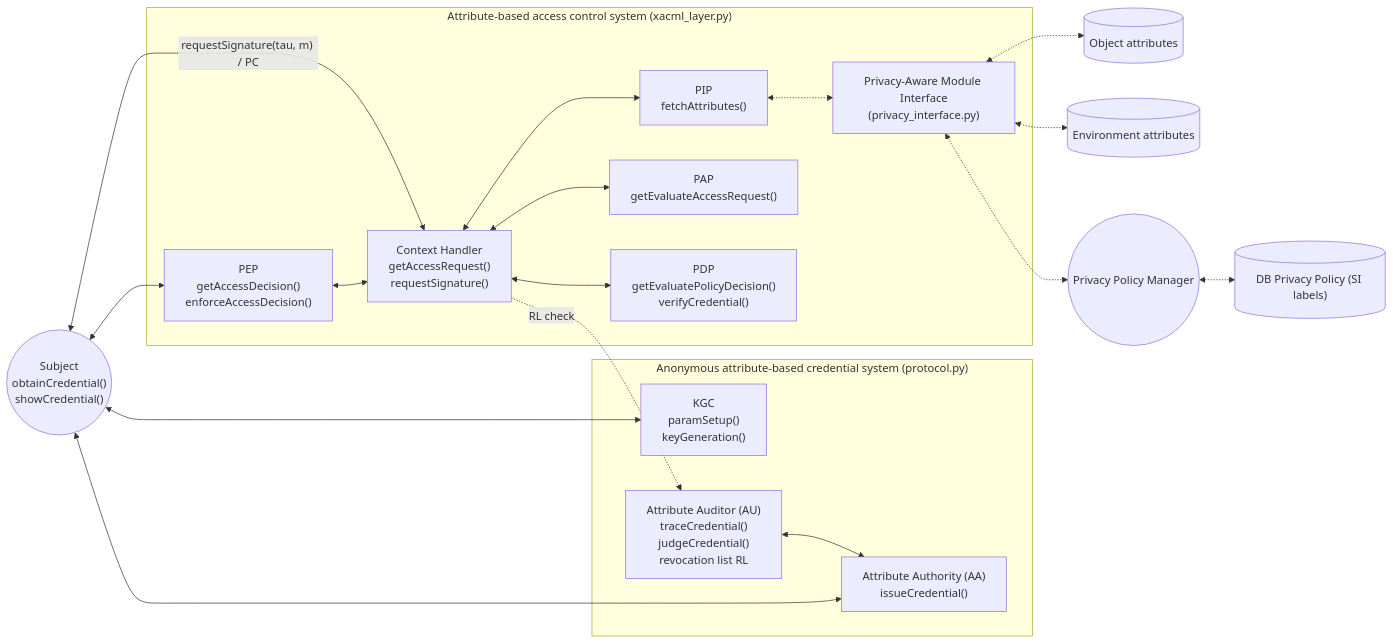
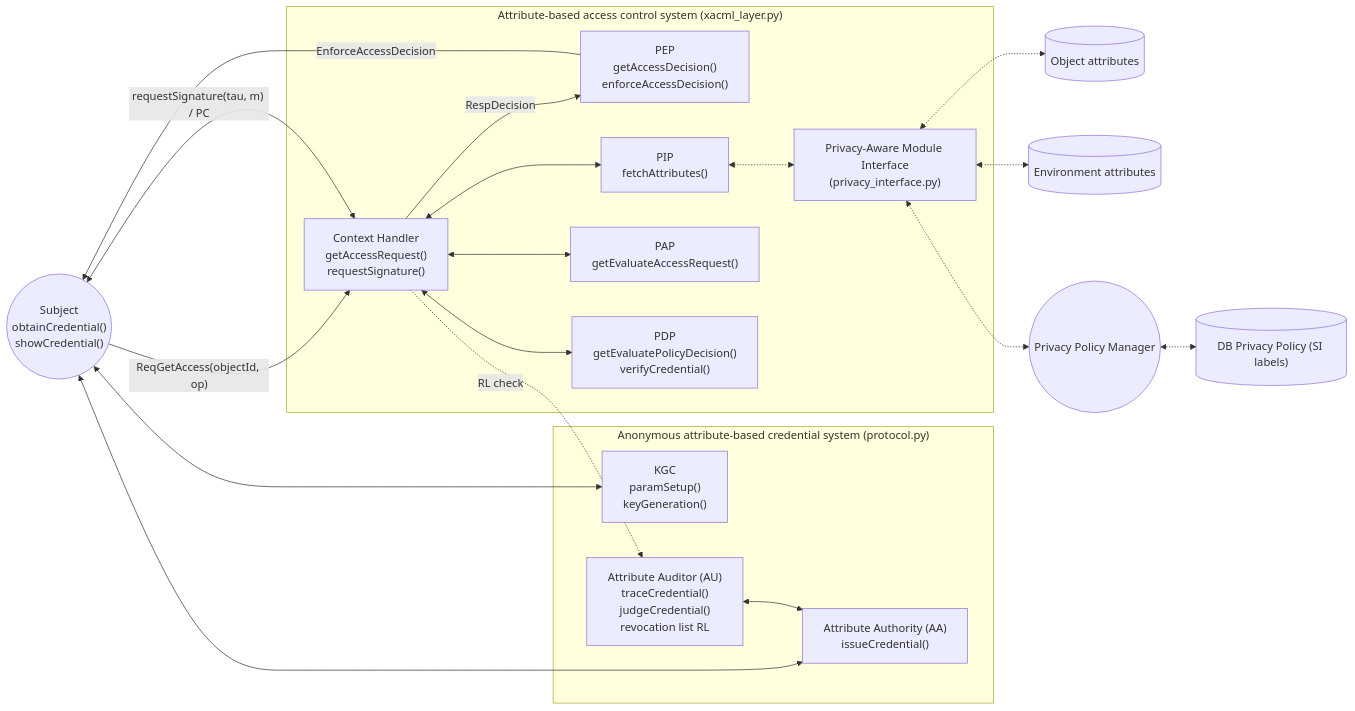
Before and after one commit to gayatrikc89/A3P-FACS_POC_SOURCE: the first of 3 diagrams in API_XACML.md, drawn with Mermaid. The commit also changed other lines of this file, not shown here.

````diff
--- a/API_XACML.md
+++ b/API_XACML.md
@@ -20,36 +22,37 @@
 ```mermaid
 flowchart LR
   subgraph CRED["Anonymous attribute-based credential system (protocol.py)"]
     KGC["KGC<br/>paramSetup()<br/>keyGeneration()"]
     AA["Attribute Authority (AA)<br/>issueCredential()"]
     AU["Attribute Auditor (AU)<br/>traceCredential()<br/>judgeCredential()<br/>revocation list RL"]
   end
   S(("Subject<br/>obtainCredential()<br/>showCredential()"))
   subgraph ABAC["Attribute-based access control system (xacml_layer.py)"]
     PEP["PEP<br/>getAccessDecision()<br/>enforceAccessDecision()"]
     CH["Context Handler<br/>getAccessRequest()<br/>requestSignature()"]
     PIP["PIP<br/>fetchAttributes()"]
     PAP["PAP<br/>getEvaluateAccessRequest()"]
     PDP["PDP<br/>getEvaluatePolicyDecision()<br/>verifyCredential()"]
     PAMI["Privacy-Aware Module Interface<br/>(privacy_interface.py)"]
   end
   DBO[("Object attributes")]
   DBE[("Environment attributes")]
   PPM(("Privacy Policy Manager"))
   DBP[("DB Privacy Policy (SI labels)")]
   S <--> KGC
   S <--> AA
   AU <--> AA
-  S <--> PEP
-  PEP <--> CH
+  S -- "ReqGetAccess(objectId, op)" --> CH
+  CH -- "RespDecision" --> PEP
+  PEP -- "EnforceAccessDecision" --> S
   CH <--> PIP
   CH <--> PAP
   CH <--> PDP
   CH -. RL check .-> AU
   CH <-- "requestSignature(tau, m) / PC" --> S
   PIP <-.-> PAMI
   PAMI <-.-> DBO
   PAMI <-.-> DBE
   PAMI <-.-> PPM
   PPM <-.-> DBP
 ```
````
